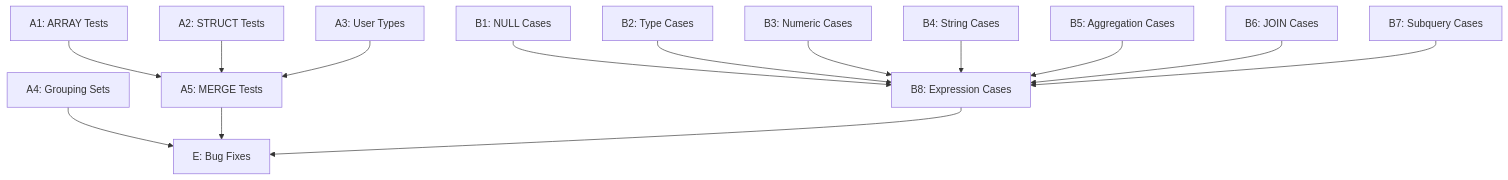
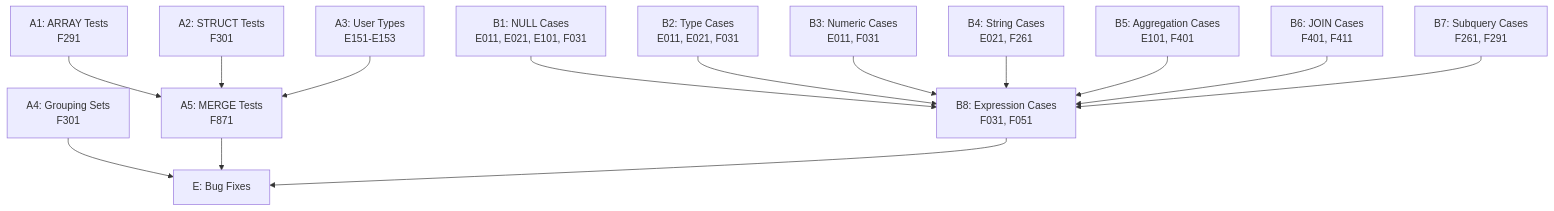
Before and after one commit to cyw0ng95/sqlvibe: the diagram in docs/plan-v0.9.9.md, drawn with Mermaid. The commit also changed other lines of this file, not shown here.

First line of the commit message:
docs: Update v0.9.9 plan - group edge cases by SQL:1999 feature packages

````diff
--- a/docs/plan-v0.9.9.md
+++ b/docs/plan-v0.9.9.md
@@ -185,17 +185,17 @@
 ```mermaid
 graph TD
-    A1[A1: ARRAY Tests] --> A5[A5: MERGE Tests]
-    A2[A2: STRUCT Tests] --> A5
-    A3[A3: User Types] --> A5
-    A4[A4: Grouping Sets] --> E[E: Bug Fixes]
+    A1[A1: ARRAY Tests<br/>F291] --> A5[A5: MERGE Tests<br/>F871]
+    A2[A2: STRUCT Tests<br/>F301] --> A5
+    A3[A3: User Types<br/>E151-E153] --> A5
+    A4[A4: Grouping Sets<br/>F301] --> E[E: Bug Fixes]
     A5 --> E
     
-    B1[B1: NULL Cases] --> B8[B8: Expression Cases]
-    B2[B2: Type Cases] --> B8
-    B3[B3: Numeric Cases] --> B8
-    B4[B4: String Cases] --> B8
-    B5[B5: Aggregation Cases] --> B8
-    B6[B6: JOIN Cases] --> B8
-    B7[B7: Subquery Cases] --> B8
+    B1[B1: NULL Cases<br/>E011, E021, E101, F031] --> B8[B8: Expression Cases<br/>F031, F051]
+    B2[B2: Type Cases<br/>E011, E021, F031] --> B8
+    B3[B3: Numeric Cases<br/>E011, F031] --> B8
+    B4[B4: String Cases<br/>E021, F261] --> B8
+    B5[B5: Aggregation Cases<br/>E101, F401] --> B8
+    B6[B6: JOIN Cases<br/>F401, F411] --> B8
+    B7[B7: Subquery Cases<br/>F261, F291] --> B8
     B8 --> E
 ```
````
